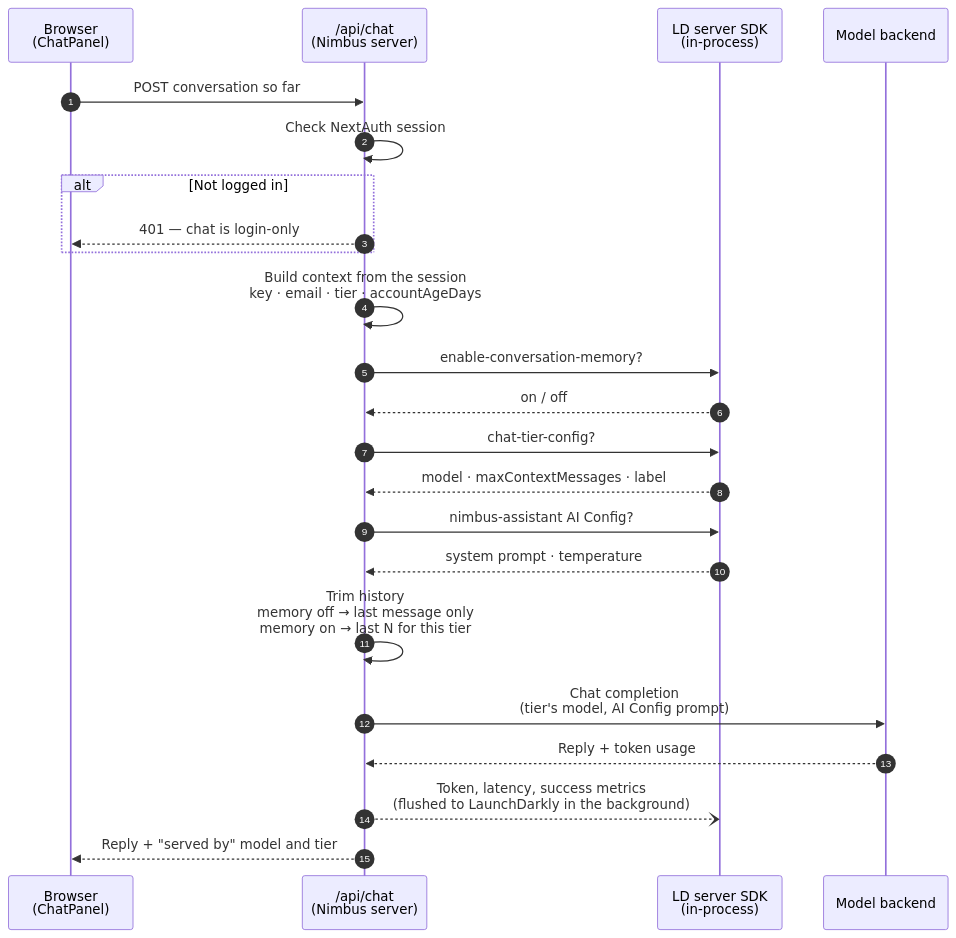
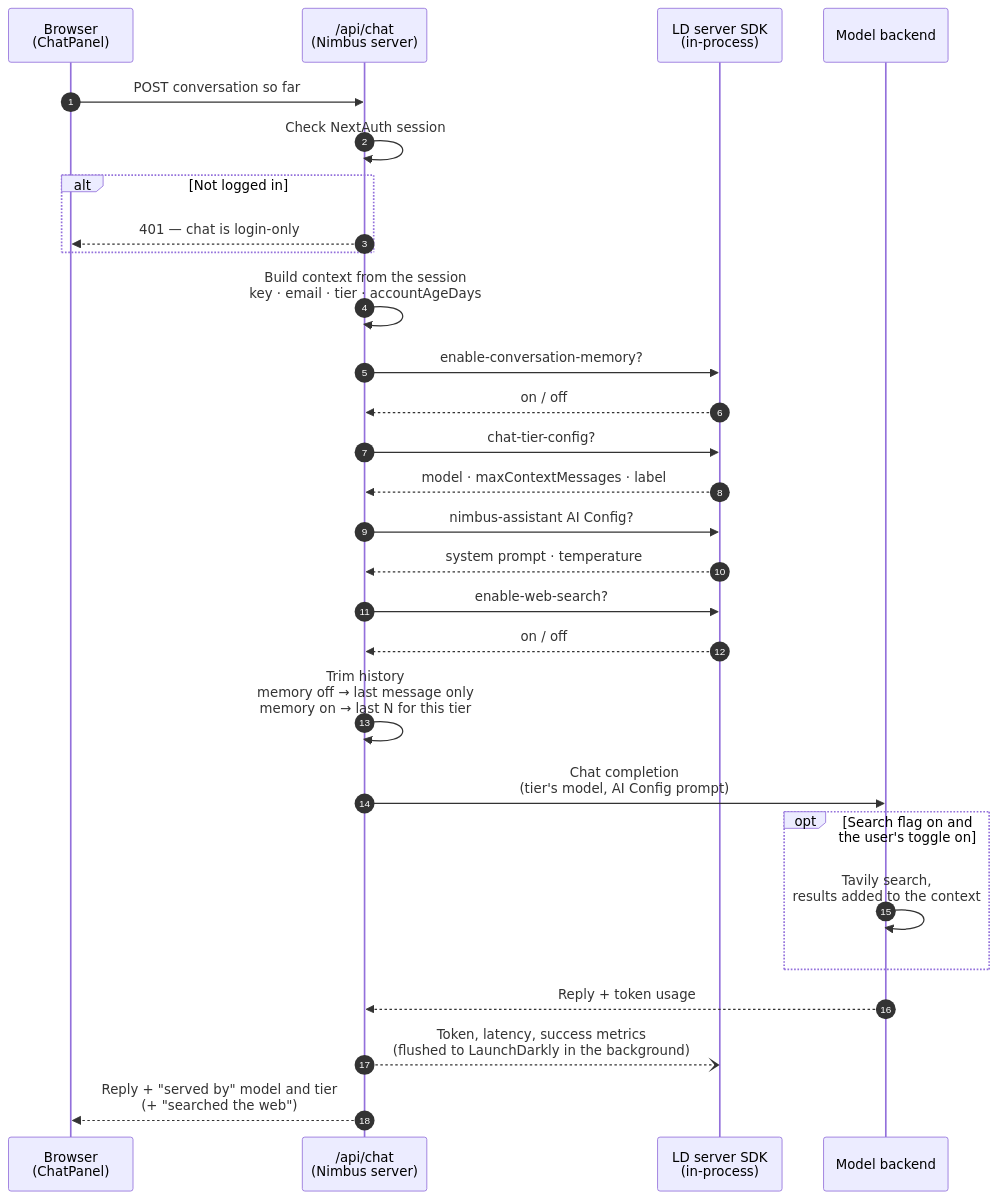
One commit to hiddenintel-rc/nimbus-ai-sample changed the third of 5 diagrams in docs/ARCHITECTURE.md. Above: the diagram before and after it, drawn with Mermaid. The commit also changed other lines of this file and 6 other files, not shown here.

First line of the commit message:
Add flag-gated web search (Open WebUI + Tavily)

````diff
--- a/docs/ARCHITECTURE.md
+++ b/docs/ARCHITECTURE.md
@@ -111,29 +116,34 @@
 ```mermaid
 sequenceDiagram
     accTitle: Chat request flow
-    accDescr: The browser posts the conversation to /api/chat. The route checks the session, builds a LaunchDarkly context from it, evaluates the memory flag, the tier flag and the AI Config locally, trims the history, calls the model backend, reports AI metrics to LaunchDarkly in the background, and returns the reply with a served-by caption.
+    accDescr: The browser posts the conversation to /api/chat. The route checks the session, builds a LaunchDarkly context from it, evaluates the memory flag, the tier flag, the AI Config and the web search flag locally, trims the history, calls the model backend (which runs a web search only when the flag is on and the user's toggle asked for it), reports AI metrics to LaunchDarkly in the background, and returns the reply with a served-by caption.
     autonumber
 
     participant B as Browser<br/>(ChatPanel)
     participant R as /api/chat<br/>(Nimbus server)
     participant SDK as LD server SDK<br/>(in-process)
     participant M as Model backend
 
     B->>R: POST conversation so far
     R->>R: Check NextAuth session
     alt Not logged in
         R-->>B: 401 — chat is login-only
     end
     R->>R: Build context from the session<br/>key · email · tier · accountAgeDays
     R->>SDK: enable-conversation-memory?
     SDK-->>R: on / off
     R->>SDK: chat-tier-config?
     SDK-->>R: model · maxContextMessages · label
     R->>SDK: nimbus-assistant AI Config?
     SDK-->>R: system prompt · temperature
+    R->>SDK: enable-web-search?
+    SDK-->>R: on / off
     R->>R: Trim history<br/>memory off → last message only<br/>memory on → last N for this tier
     R->>M: Chat completion<br/>(tier's model, AI Config prompt)
+    opt Search flag on and the user's toggle on
+        M->>M: Tavily search,<br/>results added to the context
+    end
     M-->>R: Reply + token usage
     R--)SDK: Token, latency, success metrics<br/>(flushed to LaunchDarkly in the background)
-    R-->>B: Reply + "served by" model and tier
+    R-->>B: Reply + "served by" model and tier<br/>(+ "searched the web")
 ```
````
